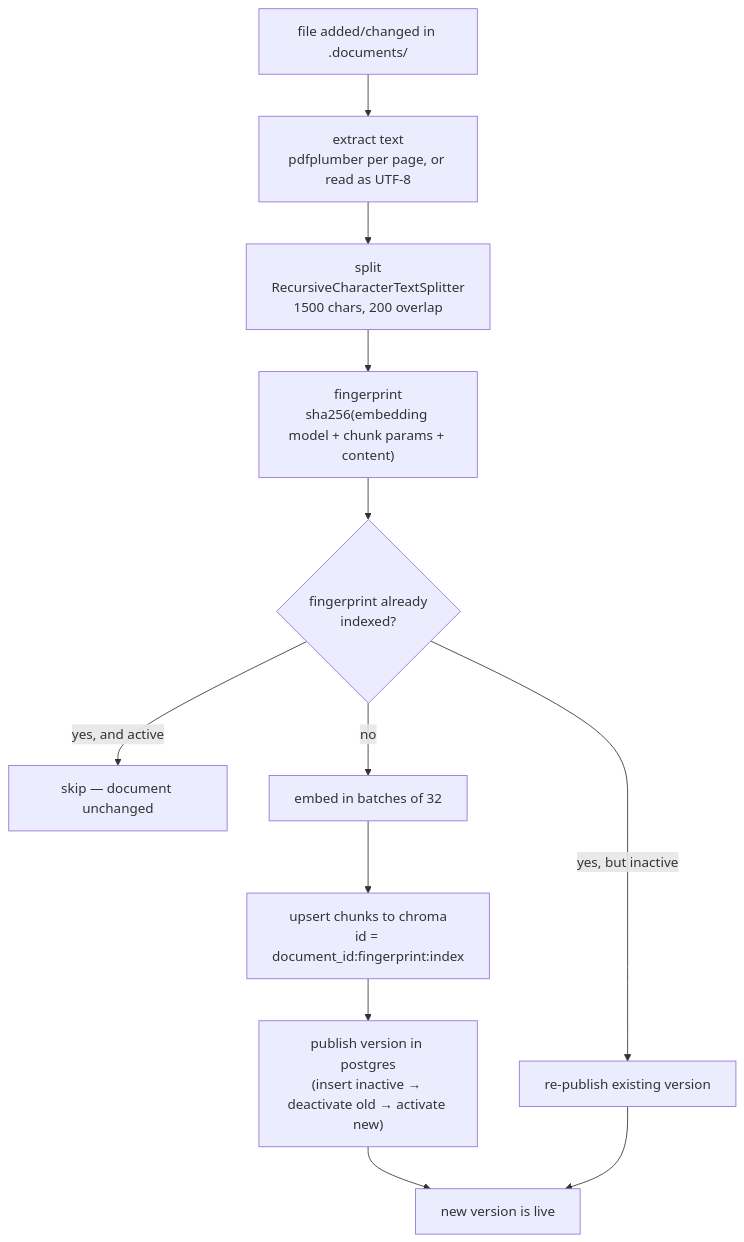
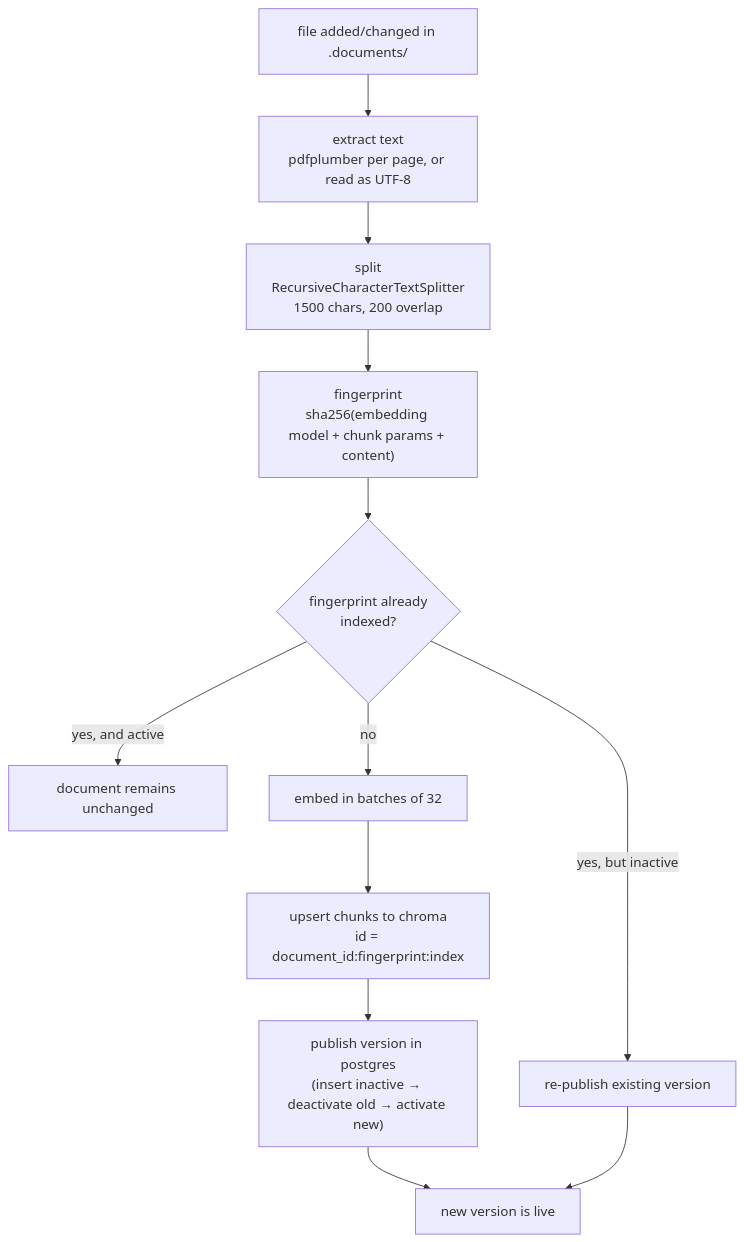
Before and after one commit to kieranroneill/docssistant: the third of 3 diagrams in README.md, drawn with Mermaid. The commit also changed other lines of this file and 16 other files, not shown here.

````diff
--- a/README.md
+++ b/README.md
@@ -210,19 +211,19 @@
 ```mermaid
 flowchart TB
     start["file added/changed in .documents/"] --> extract
 
     extract["extract text<br/>pdfplumber per page, or read as UTF-8"] --> split
     split["split<br/>RecursiveCharacterTextSplitter<br/>1500 chars, 200 overlap"] --> fingerprint
     fingerprint["fingerprint<br/>sha256(embedding model + chunk params + content)"] --> decide
 
     decide{"fingerprint already<br/>indexed?"}
-    decide -->|"yes, and active"| skip["skip — document unchanged"]
+    decide -->|"yes, and active"| skip["document remains unchanged"]
     decide -->|"yes, but inactive"| reactivate["re-publish existing version"]
     decide -->|"no"| embed
 
     embed["embed in batches of 32"] --> upsert
     upsert["upsert chunks to chroma<br/>id = document_id:fingerprint:index"] --> publish
     publish["publish version in postgres<br/>(insert inactive → deactivate old → activate new)"] --> live["new version is live"]
 
     reactivate --> live
 ```
````
